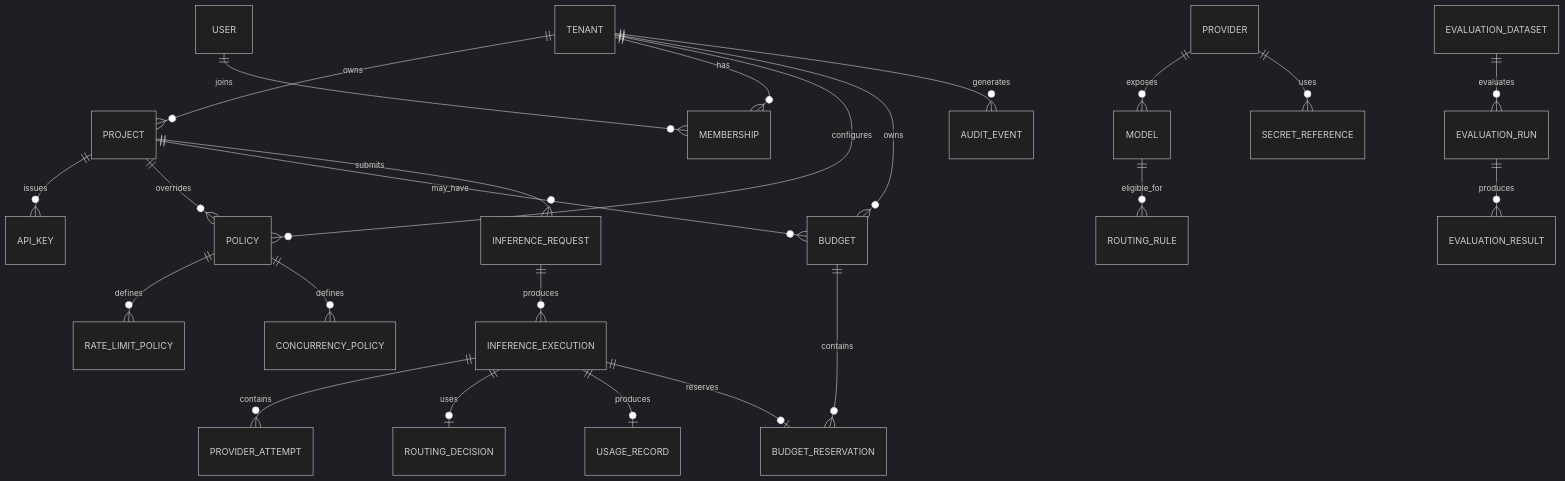
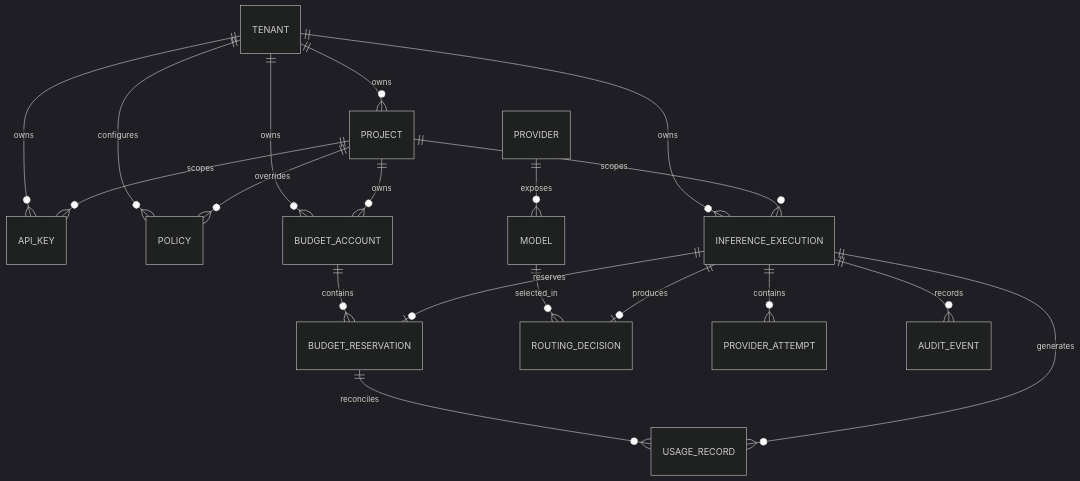
The diagram in docs/domain-model.md (mezni/bioviva), drawn with Mermaid (dark theme) before and after one commit. The commit also changed other lines of this file, not shown here.

Commit message:
llm-gateway: define core domain model and invariants

````diff
--- a/docs/domain-model.md
+++ b/docs/domain-model.md
@@ -1290,31 +47,25 @@
 ```mermaid
 erDiagram
     TENANT ||--o{ PROJECT : owns
-    TENANT ||--o{ MEMBERSHIP : has
-    USER ||--o{ MEMBERSHIP : joins
-    PROJECT ||--o{ API_KEY : issues
-
+    TENANT ||--o{ API_KEY : owns
+    PROJECT ||--o{ API_KEY : scopes
     TENANT ||--o{ POLICY : configures
     PROJECT ||--o{ POLICY : overrides
-    POLICY ||--o{ RATE_LIMIT_POLICY : defines
-    POLICY ||--o{ CONCURRENCY_POLICY : defines
 
-    TENANT ||--o{ BUDGET : owns
-    PROJECT ||--o{ BUDGET : may_have
-    BUDGET ||--o{ BUDGET_RESERVATION : contains
+    TENANT ||--o{ BUDGET_ACCOUNT : owns
+    PROJECT ||--o{ BUDGET_ACCOUNT : owns
+    BUDGET_ACCOUNT ||--o{ BUDGET_RESERVATION : contains
+    BUDGET_RESERVATION ||--o{ USAGE_RECORD : reconciles
 
     PROVIDER ||--o{ MODEL : exposes
-    PROVIDER ||--o{ SECRET_REFERENCE : uses
-    MODEL ||--o{ ROUTING_RULE : eligible_for
+    MODEL ||--o{ ROUTING_DECISION : selected_in
 
-    PROJECT ||--o{ INFERENCE_REQUEST : submits
-    INFERENCE_REQUEST ||--o{ INFERENCE_EXECUTION : produces
+    TENANT ||--o{ INFERENCE_EXECUTION : owns
+    PROJECT ||--o{ INFERENCE_EXECUTION : scopes
     INFERENCE_EXECUTION ||--o{ PROVIDER_ATTEMPT : contains
-    INFERENCE_EXECUTION ||--o| ROUTING_DECISION : uses
-    INFERENCE_EXECUTION ||--o| USAGE_RECORD : produces
+    INFERENCE_EXECUTION ||--o| ROUTING_DECISION : produces
     INFERENCE_EXECUTION ||--o| BUDGET_RESERVATION : reserves
+    INFERENCE_EXECUTION ||--o{ USAGE_RECORD : generates
 
-    TENANT ||--o{ AUDIT_EVENT : generates
-    EVALUATION_DATASET ||--o{ EVALUATION_RUN : evaluates
-    EVALUATION_RUN ||--o{ EVALUATION_RESULT : produces
+    INFERENCE_EXECUTION ||--o{ AUDIT_EVENT : records
 ```
````
